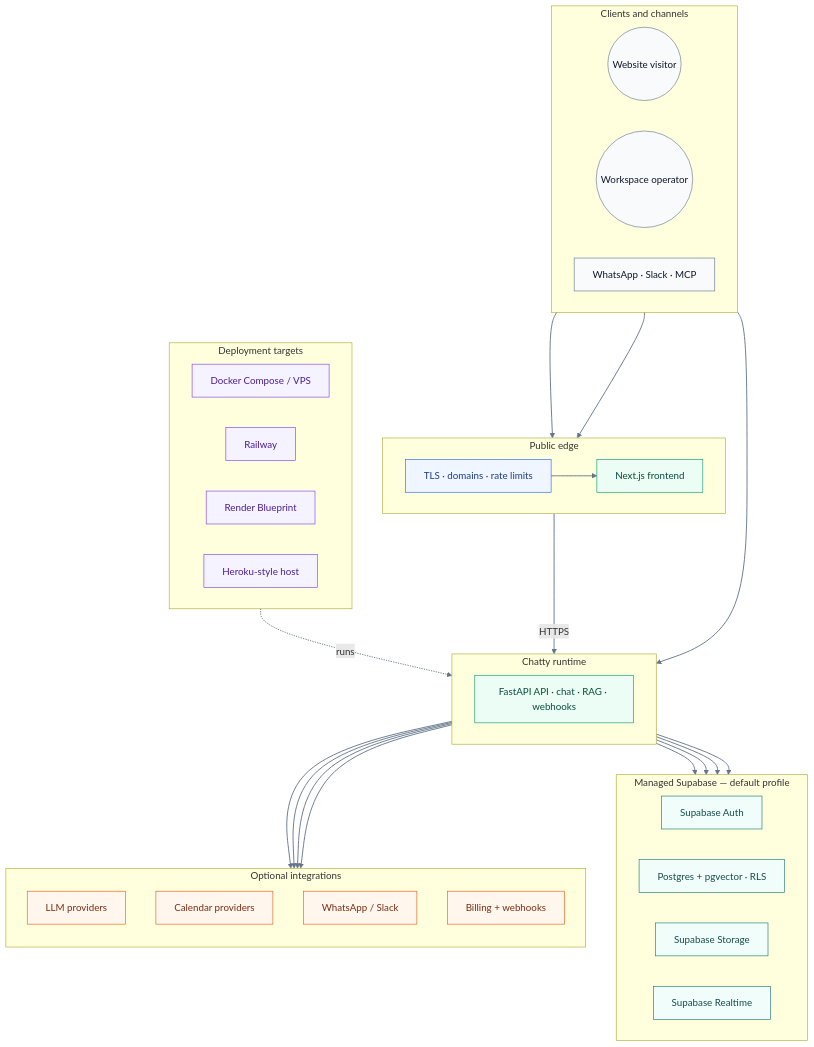
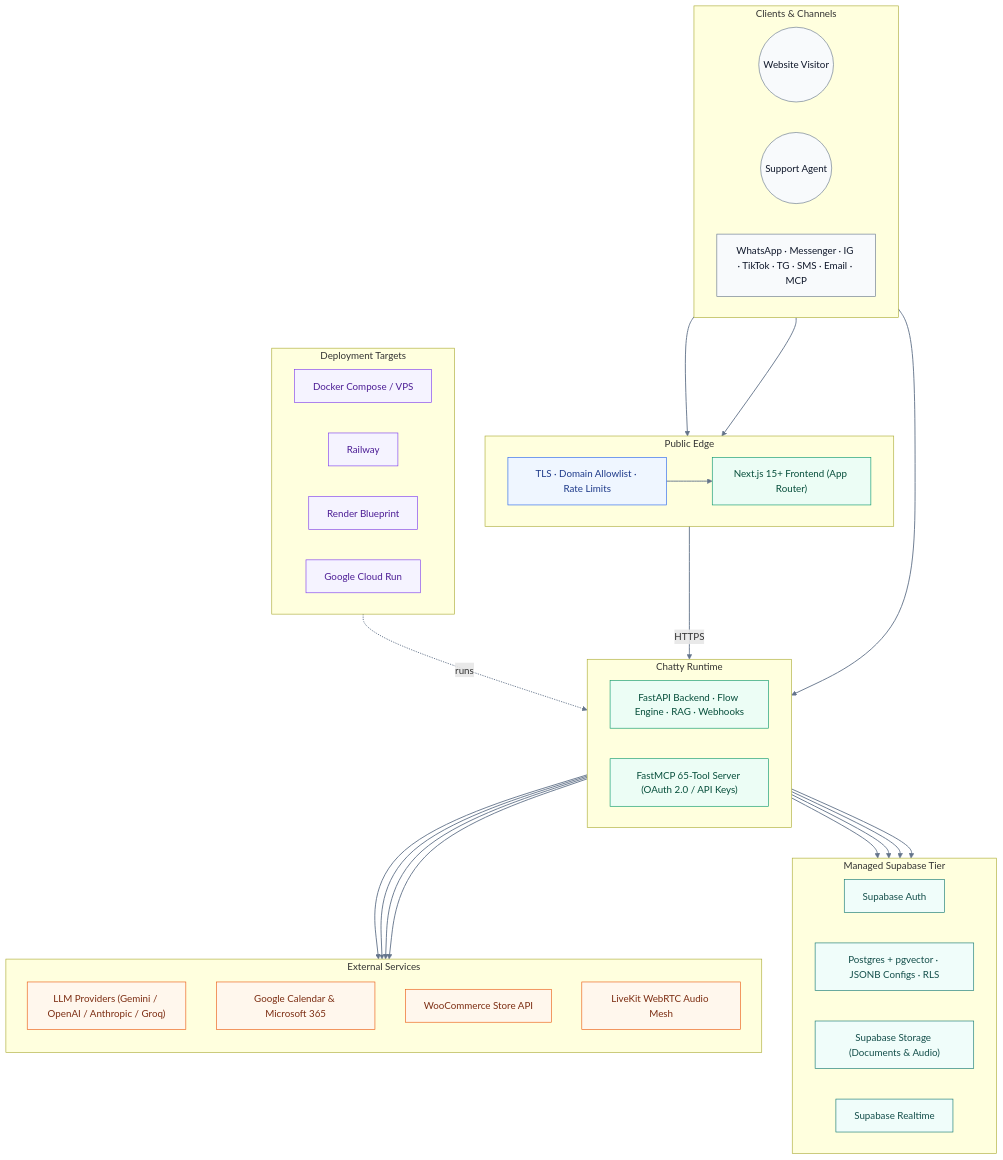
Before and after one commit to PersonaliAI/chatty: the second of 2 diagrams in README.md, drawn with Mermaid. The commit also changed other lines of this file and 3 other files, not shown here.

Commit message:
docs: fully revise readmes in en, es, ja, zh-cn with 7-channel hub, flow builder, woocommerce, and new diagrams

````diff
--- a/README.md
+++ b/README.md
@@ -252,62 +375,63 @@
 ```mermaid
 flowchart TB
     classDef actor fill:#f8fafc,stroke:#64748b,color:#0f172a
     classDef edge fill:#eff6ff,stroke:#2563eb,color:#1e3a8a
     classDef app fill:#ecfdf5,stroke:#059669,color:#064e3b
     classDef data fill:#f0fdfa,stroke:#0f766e,color:#134e4a
     classDef integration fill:#fff7ed,stroke:#ea580c,color:#7c2d12
     classDef deploy fill:#f5f3ff,stroke:#7c3aed,color:#4c1d95
 
-    subgraph clients["Clients and channels"]
+    subgraph clients["Clients & Channels"]
         direction LR
-        visitor(("Website visitor")):::actor
-        operator(("Workspace operator")):::actor
-        channels["WhatsApp · Slack · MCP"]:::actor
+        visitor(("Website Visitor")):::actor
+        operator(("Support Agent")):::actor
+        omni["WhatsApp · Messenger · IG · TikTok · TG · SMS · Email · MCP"]:::actor
     end
-    subgraph edge["Public edge"]
+    subgraph edge["Public Edge"]
         direction LR
-        tls["TLS · domains · rate limits"]:::edge
-        web["Next.js frontend"]:::app
+        tls["TLS · Domain Allowlist · Rate Limits"]:::edge
+        web["Next.js 15+ Frontend (App Router)"]:::app
     end
-    subgraph runtime["Chatty runtime"]
+    subgraph runtime["Chatty Runtime"]
         direction LR
-        api["FastAPI API · chat · RAG · webhooks"]:::app
+        api["FastAPI Backend · Flow Engine · RAG · Webhooks"]:::app
+        mcp["FastMCP 65-Tool Server (OAuth 2.0 / API Keys)"]:::app
     end
-    subgraph managed["Managed Supabase — default profile"]
+    subgraph managed["Managed Supabase Tier"]
         direction LR
         auth["Supabase Auth"]:::data
-        postgres["Postgres + pgvector · RLS"]:::data
-        storage["Supabase Storage"]:::data
+        postgres["Postgres + pgvector · JSONB Configs · RLS"]:::data
+        storage["Supabase Storage (Documents & Audio)"]:::data
         realtime["Supabase Realtime"]:::data
     end
-    subgraph integrations["Optional integrations"]
+    subgraph integrations["External Services"]
         direction TB
-        llm["LLM providers"]:::integration
-        calendar["Calendar providers"]:::integration
-        channelsApi["WhatsApp / Slack"]:::integration
-        billing["Billing + webhooks"]:::integration
+        llm["LLM Providers (Gemini / OpenAI / Anthropic / Groq)"]:::integration
+        calendar["Google Calendar & Microsoft 365"]:::integration
+        wooCommerce["WooCommerce Store API"]:::integration
+        voiceLiveKit["LiveKit WebRTC Audio Mesh"]:::integration
     end
-    subgraph targets["Deployment targets"]
+    subgraph targets["Deployment Targets"]
         direction LR
         docker["Docker Compose / VPS"]:::deploy
         railway["Railway"]:::deploy
         render["Render Blueprint"]:::deploy
-        heroku["Heroku-style host"]:::deploy
+        cloudrun["Google Cloud Run"]:::deploy
     end
 
     visitor --> tls
     operator --> web
-    channels --> api
+    omni --> api
     tls --> web
     web -->|HTTPS| api
     api --> auth
     api --> postgres
     api --> storage
     api --> realtime
     api --> llm
     api --> calendar
-    api --> channelsApi
-    api --> billing
+    api --> wooCommerce
+    api --> voiceLiveKit
     targets -. runs .-> runtime
     linkStyle default stroke:#64748b,stroke-width:1.5px
 ```
````
